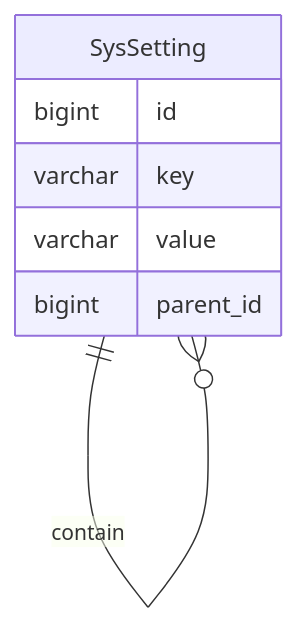
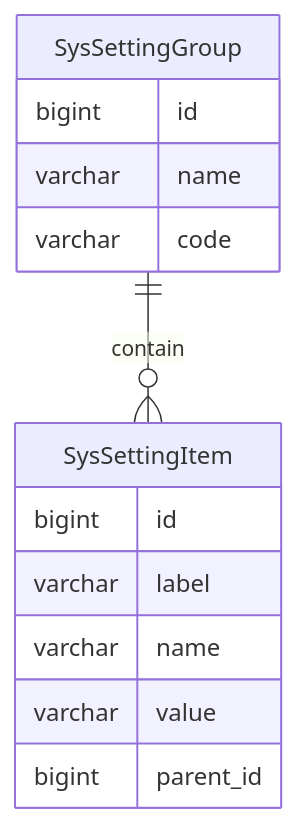
Before and after one commit to mrzhqiang/rowing: the diagram in docs/project/2.sys-setting.md, drawn with Mermaid. The commit also changed other lines of this file, not shown here.

````diff
--- a/docs/project/2.sys-setting.md
+++ b/docs/project/2.sys-setting.md
@@ -12,10 +22,16 @@
 ```mermaid
 erDiagram
-    SysSetting ||--o{ SysSetting : contain
-    SysSetting {
+    SysSettingGroup ||--o{ SysSettingItem : contain
+    SysSettingGroup {
         bigint id
-        varchar key
+        varchar name
+        varchar code
+    }
+    SysSettingItem {
+        bigint id
+        varchar label
+        varchar name
         varchar value
         bigint parent_id
     }
 ```
````
